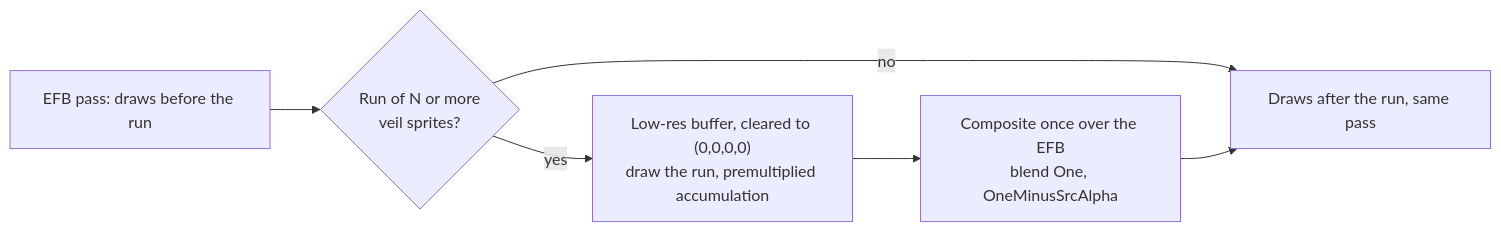
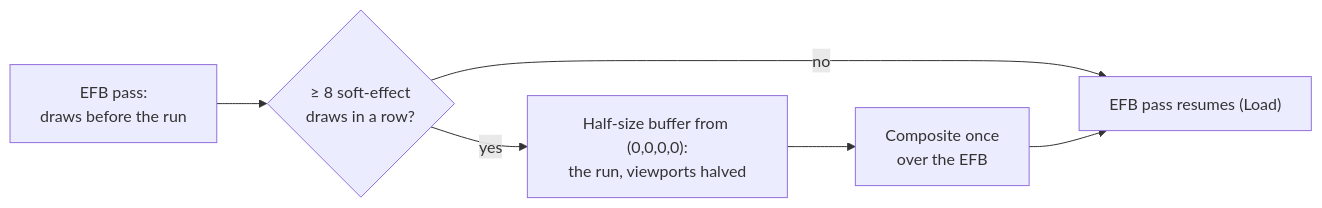
One commit to chrissotraidis/bluewake changed the second of 2 diagrams in docs/planning/2026-10-29-lava_smooth_motion_followup/TECH_PLAN.md. Above: the diagram before and after it, drawn with Mermaid. The commit also changed other lines of this file and 2 other files, not shown here.

````diff
--- a/docs/planning/2026-10-29-lava_smooth_motion_followup/TECH_PLAN.md
+++ b/docs/planning/2026-10-29-lava_smooth_motion_followup/TECH_PLAN.md
@@ -120,11 +105,11 @@
 ```mermaid
 flowchart LR
-    Scene["EFB pass: draws before the run"]
-    Run{"Run of N or more<br/>veil sprites?"}
-    Low["Low-res buffer, cleared to (0,0,0,0)<br/>draw the run, premultiplied accumulation"]
-    Comp["Composite once over the EFB<br/>blend One, OneMinusSrcAlpha"]
-    Rest["Draws after the run, same pass"]
-    Scene --> Run
-    Run -->|"no"| Rest
-    Run -->|"yes"| Low --> Comp --> Rest
+    Before["EFB pass:<br/>draws before the run"]
+    Run{"≥ 8 soft-effect<br/>draws in a row?"}
+    Buffer["Half-size buffer from (0,0,0,0):<br/>the run, viewports halved"]
+    Composite["Composite once<br/>over the EFB"]
+    After["EFB pass resumes (Load)"]
+    Before --> Run
+    Run -->|"no"| After
+    Run -->|"yes"| Buffer --> Composite --> After
 ```
````
